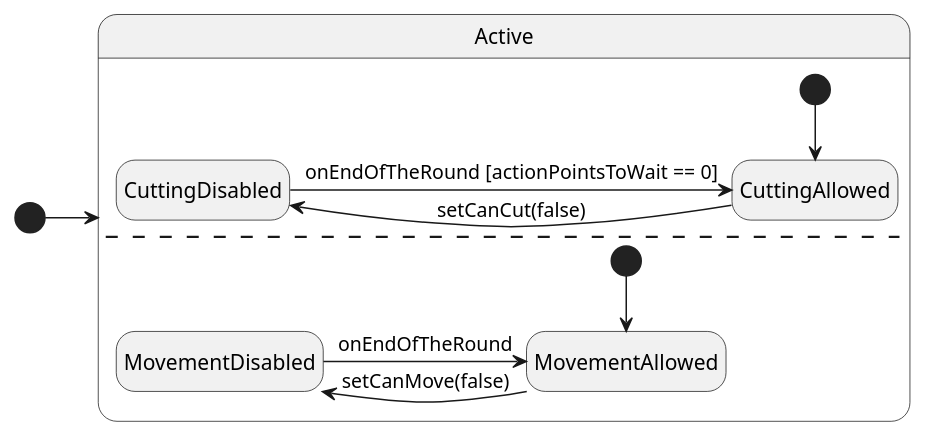
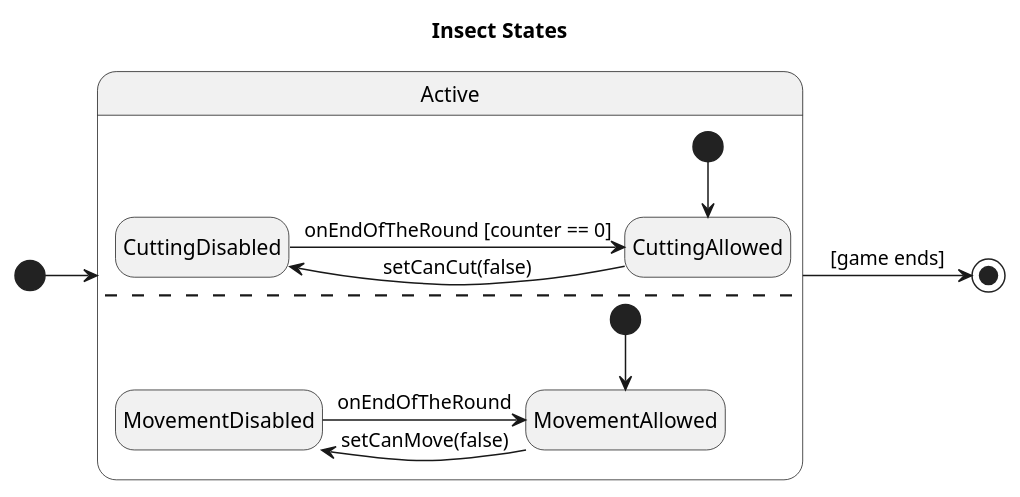
The diagram in diagrams/state/insect/insect_state.plantuml (dzsem/projlab), drawn with PlantUML before and after one commit. The commit also changed 25 other files, not shown here.

Commit message:
Exported and fixed diagrams

```diff
--- a/diagrams/state/insect/insect_state.plantuml
+++ b/diagrams/state/insect/insect_state.plantuml
@@ -1,25 +1,28 @@
 @startuml insect_state
+
+title Insect States
 
 state Active {
 	hide empty description
 
 	state CuttingAllowed
 	state CuttingDisabled
-	CuttingDisabled -> CuttingAllowed: onEndOfTheRound [actionPointsToWait == 0]
+	CuttingDisabled -> CuttingAllowed: onEndOfTheRound [counter == 0]
 	CuttingDisabled <- CuttingAllowed: setCanCut(false)
 	[*] --> CuttingAllowed
 
 	--
 
 	state MovementAllowed
 	state MovementDisabled
 
 	MovementDisabled -> MovementAllowed: onEndOfTheRound
 	MovementDisabled <- MovementAllowed: setCanMove(false)
 	[*] --> MovementAllowed
 }
 
-[*] -> Active
+[*] -> Active 
+Active -> [*]: [game ends]
 
 
 @enduml
```
